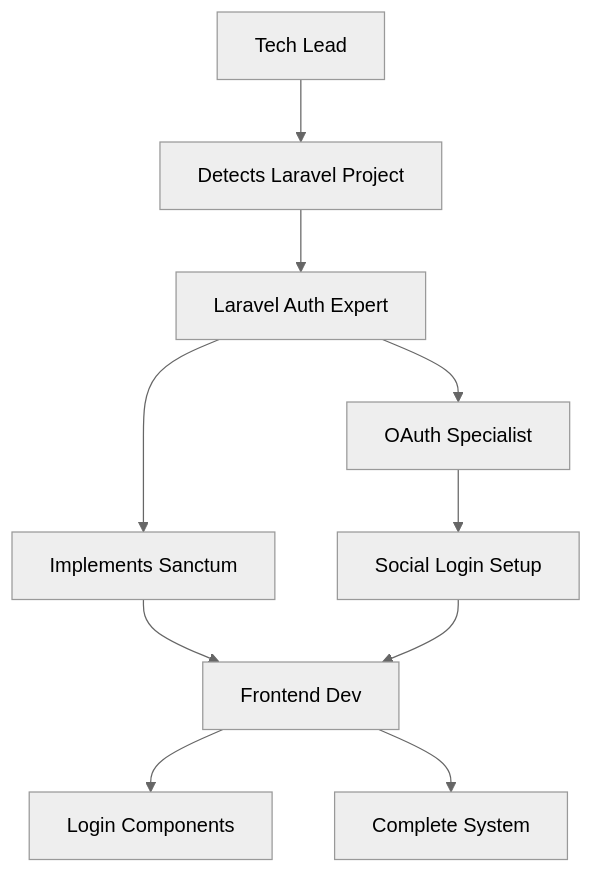
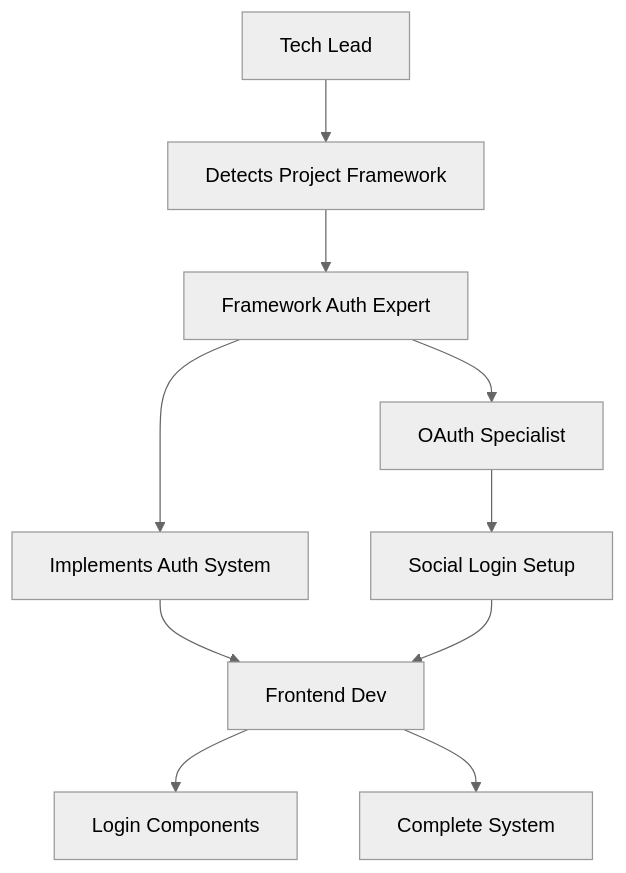
The diagram in docs/agent-team.md (vijaythecoder/awesome-claude-agents), drawn with Mermaid (neutral theme) before and after one commit. The commit also changed other lines of this file and 9 other files, not shown here.

First line of the commit message:
Optimize orchestration: simplify tech-lead-orchestrator, make framework-agnostic

````diff
--- a/docs/agent-team.md
+++ b/docs/agent-team.md
@@ -93,12 +90,12 @@
 ```mermaid
 graph TD
-    A[Tech Lead] --> B[Detects Laravel Project]
-    B --> C[Laravel Auth Expert]
-    C --> D[Implements Sanctum]
+    A[Tech Lead] --> B[Detects Project Framework]
+    B --> C[Framework Auth Expert]
+    C --> D[Implements Auth System]
     C --> E[OAuth Specialist]
     E --> F[Social Login Setup]
     D --> G[Frontend Dev]
     G --> H[Login Components]
     F --> G
     G --> I[Complete System]
 ```
````
